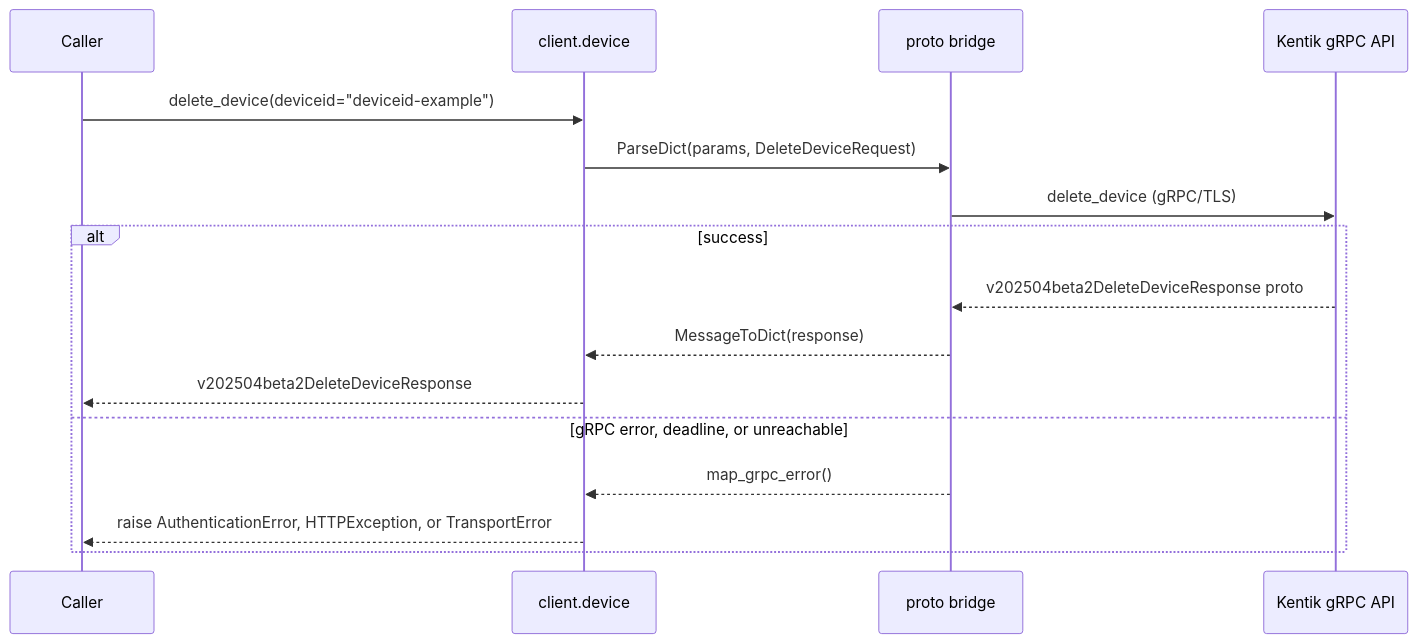
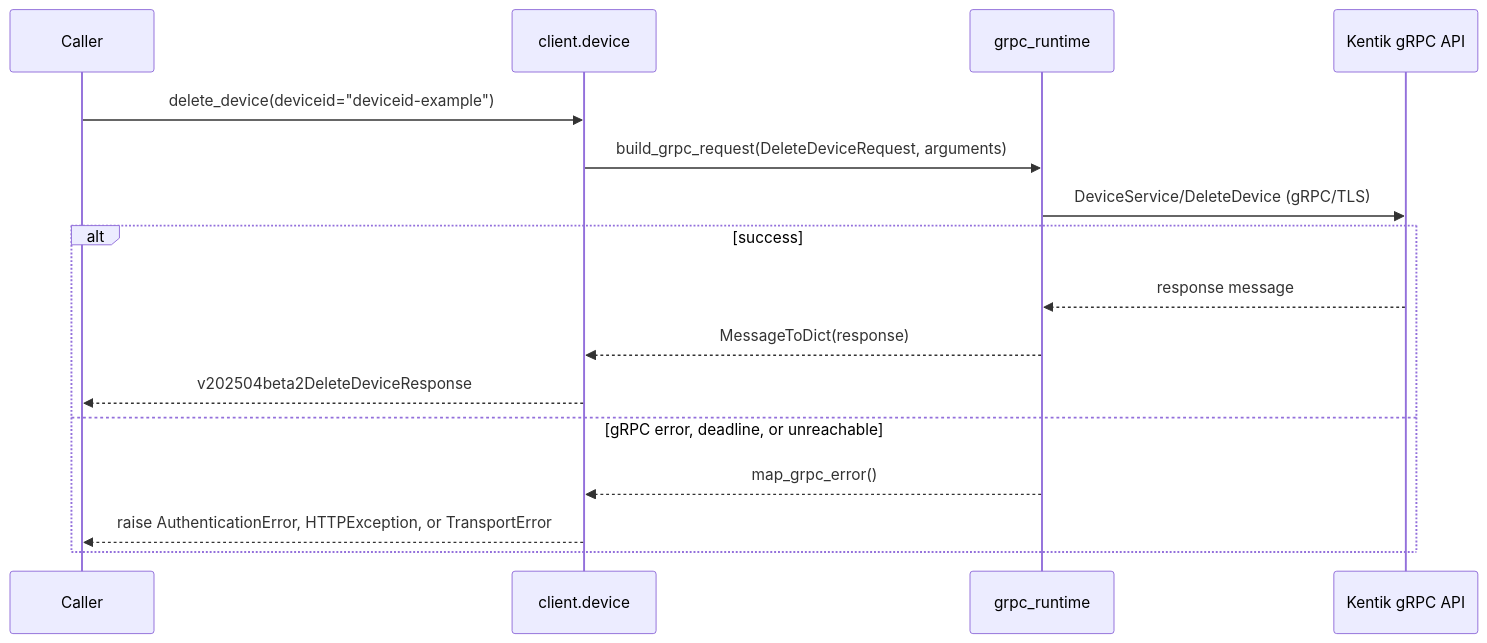
Before and after one commit to alexdearaujo/community_sdk_python: diagram 19 of 22 in docs/sphinx/services/device.md, drawn with Mermaid. The commit also changed other lines of this file and 37 other files, not shown here.

First line of the commit message:
docs: show the real RPC in each service page's gRPC diagram

````diff
--- a/docs/sphinx/services/device.md
+++ b/docs/sphinx/services/device.md
@@ -670,19 +670,19 @@
 ```mermaid
 sequenceDiagram
     participant C as Caller
     participant W as client.device
-    participant B as proto bridge
+    participant R as grpc_runtime
     participant API as Kentik gRPC API
 
     C->>W: delete_device(deviceid="deviceid-example")
-    W->>B: ParseDict(params, DeleteDeviceRequest)
-    B->>API: delete_device (gRPC/TLS)
+    W->>R: build_grpc_request(DeleteDeviceRequest, arguments)
+    R->>API: DeviceService/DeleteDevice (gRPC/TLS)
     alt success
-        API-->>B: v202504beta2DeleteDeviceResponse proto
-        B-->>W: MessageToDict(response)
+        API-->>R: response message
+        R-->>W: MessageToDict(response)
         W-->>C: v202504beta2DeleteDeviceResponse
     else gRPC error, deadline, or unreachable
-        B-->>W: map_grpc_error()
+        R-->>W: map_grpc_error()
         W-->>C: raise AuthenticationError, HTTPException, or TransportError
     end
 ```
````
